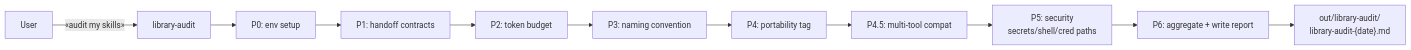
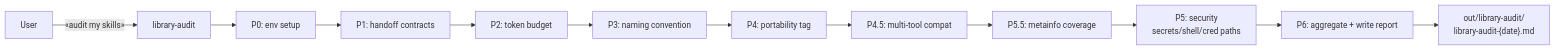
Before and after one commit to artemrudenko/skill-governance-toolkit: the fifth of 10 diagrams in docs/user-guide.ru.md, drawn with Mermaid. The commit also changed other lines of this file and 40 other files, not shown here.

````diff
--- a/docs/user-guide.ru.md
+++ b/docs/user-guide.ru.md
@@ -338,13 +338,14 @@
 ```mermaid
 flowchart LR
     U[User] -->|«audit my skills»| LA[library-audit]
     LA --> P0[P0: env setup]
     P0 --> P1[P1: handoff contracts]
     P1 --> P2[P2: token budget]
     P2 --> P3[P3: naming convention]
     P3 --> P4[P4: portability tag]
     P4 --> P45[P4.5: multi-tool compat]
-    P45 --> P5[P5: security<br/>secrets/shell/cred paths]
+    P45 --> P55[P5.5: metainfo coverage]
+    P55 --> P5[P5: security<br/>secrets/shell/cred paths]
     P5 --> P6[P6: aggregate + write report]
     P6 --> OUT["out/library-audit/<br/>library-audit-{date}.md"]
 ```
````
